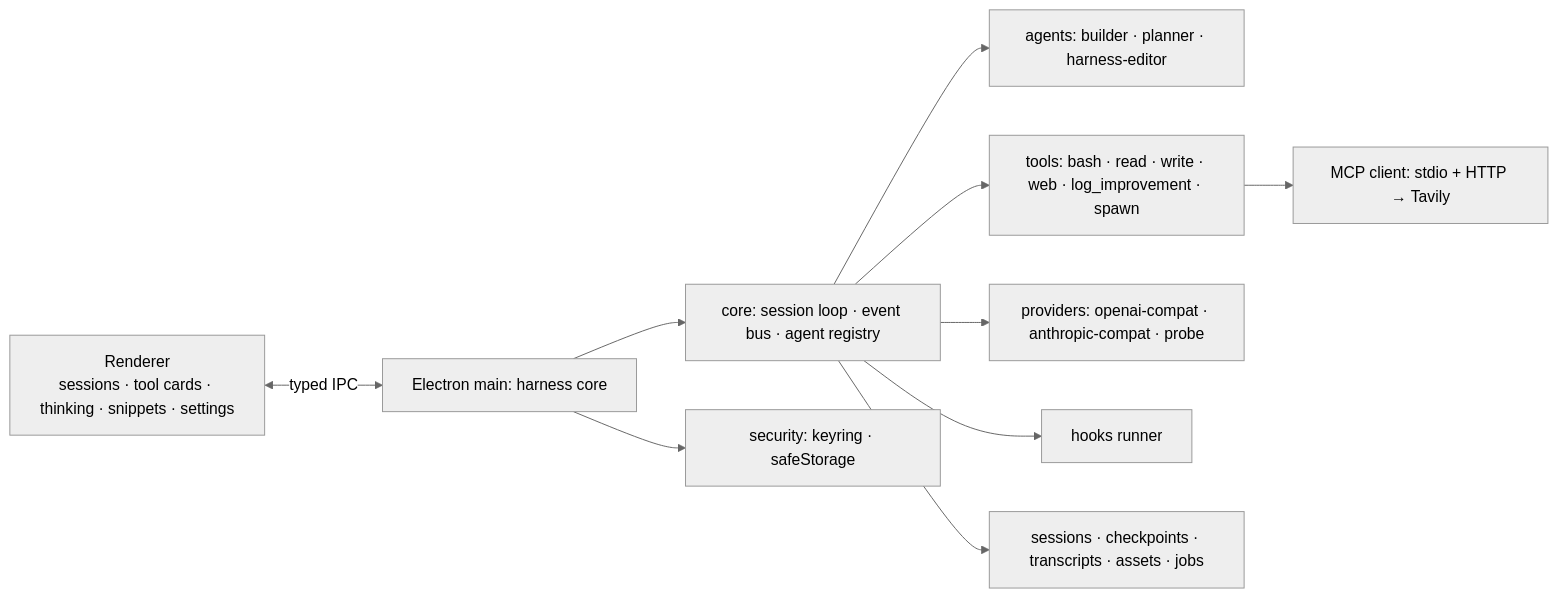
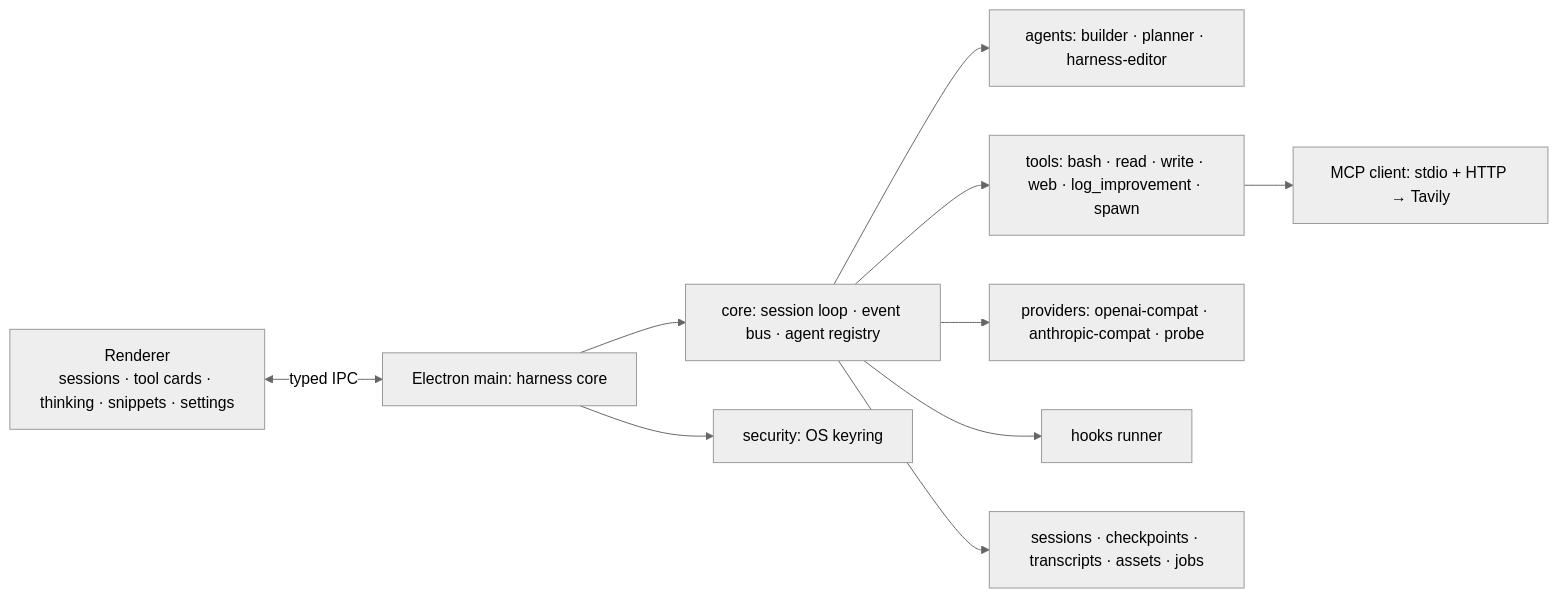
One commit to balegabme/nanoharness changed the diagram in plan.md. Above: the diagram before and after it, drawn with Mermaid (neutral theme). The commit also changed 25 other files, not shown here.

````diff
--- a/plan.md
+++ b/plan.md
@@ -52,12 +52,12 @@
 ```mermaid
 flowchart LR
   UI[Renderer<br/>sessions · tool cards · thinking · snippets · settings] <-->|typed IPC| MAIN[Electron main: harness core]
   MAIN --> CORE[core: session loop · event bus · agent registry]
   CORE --> AG[agents: builder · planner · harness-editor]
   CORE --> TOOLS[tools: bash · read · write · web · log_improvement · spawn]
   TOOLS --> MCP[MCP client: stdio + HTTP → Tavily]
   CORE --> PROV[providers: openai-compat · anthropic-compat · probe]
   CORE --> HOOKS[hooks runner]
   CORE --> STORE[sessions · checkpoints · transcripts · assets · jobs]
-  MAIN --> SEC[security: keyring · safeStorage]
+  MAIN --> SEC[security: OS keyring]
 ```
````
